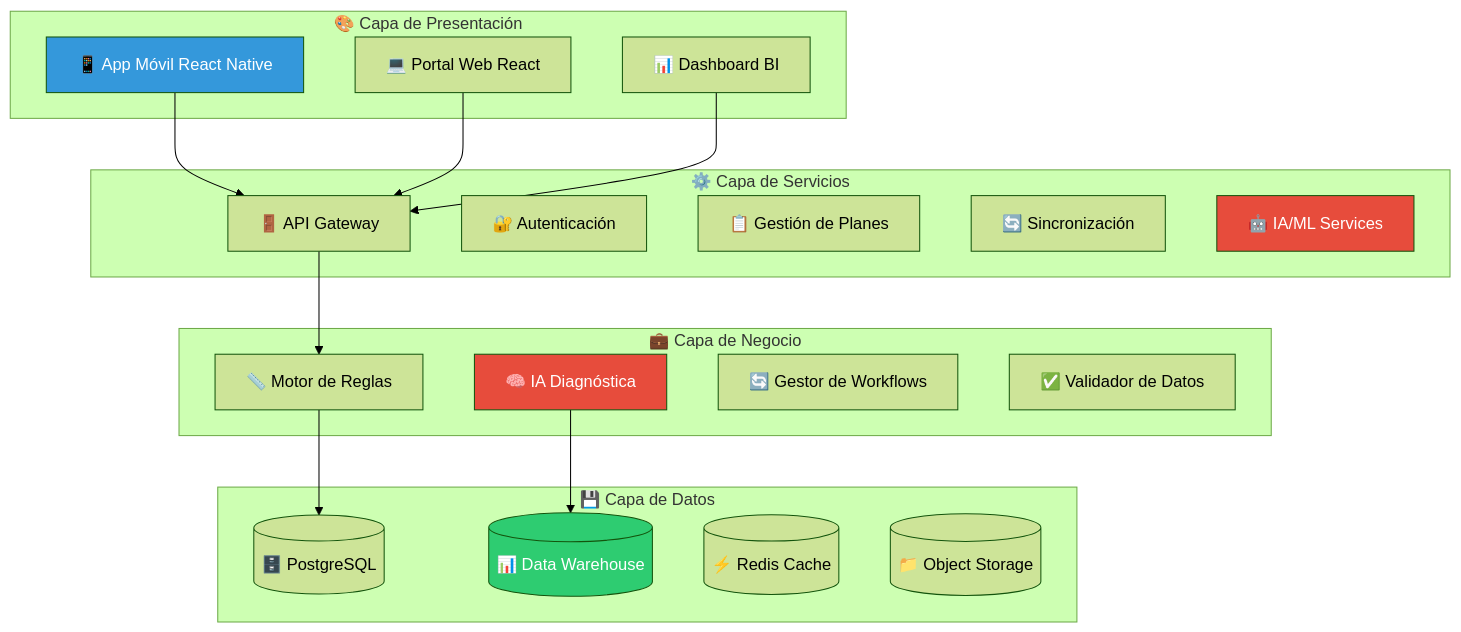
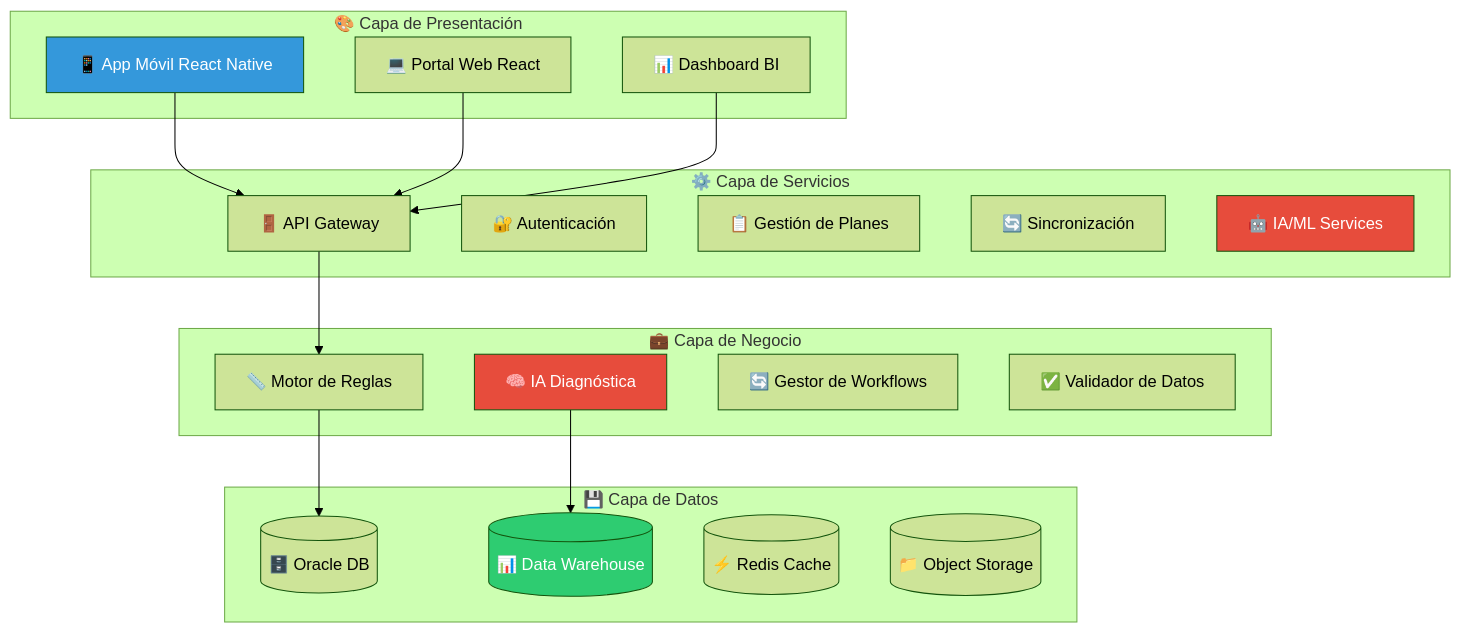
Before and after one commit to TecsaS3/brochure-tecsas3: the second of 5 diagrams in README.md, drawn with Mermaid (forest theme). The commit also changed other lines of this file, not shown here.

````diff
--- a/README.md
+++ b/README.md
@@ -97,42 +97,42 @@
 ```mermaid
 graph TB
     subgraph "🎨 Capa de Presentación"
         A1[📱 App Móvil React Native]
         A2[💻 Portal Web React]
         A3[📊 Dashboard BI]
     end
 
     subgraph "⚙️ Capa de Servicios"
         B1[🚪 API Gateway]
         B2[🔐 Autenticación]
         B3[📋 Gestión de Planes]
         B4[🔄 Sincronización]
         B5[🤖 IA/ML Services]
     end
 
     subgraph "💼 Capa de Negocio"
         C1[📏 Motor de Reglas]
         C2[🧠 IA Diagnóstica]
         C3[🔄 Gestor de Workflows]
         C4[✅ Validador de Datos]
     end
 
     subgraph "💾 Capa de Datos"
-        D1[(🗄️ PostgreSQL)]
+        D1[(🗄️ Oracle DB)]
         D2[(📊 Data Warehouse)]
         D3[(⚡ Redis Cache)]
         D4[(📁 Object Storage)]
     end
 
     A1 --> B1
     A2 --> B1
     A3 --> B1
     B1 --> C1
     C1 --> D1
     C2 --> D2
 
     style A1 fill:#3498DB,color:#fff
     style B5 fill:#E74C3C,color:#fff
     style C2 fill:#E74C3C,color:#fff
     style D2 fill:#2ECC71,color:#fff
 ```
````
